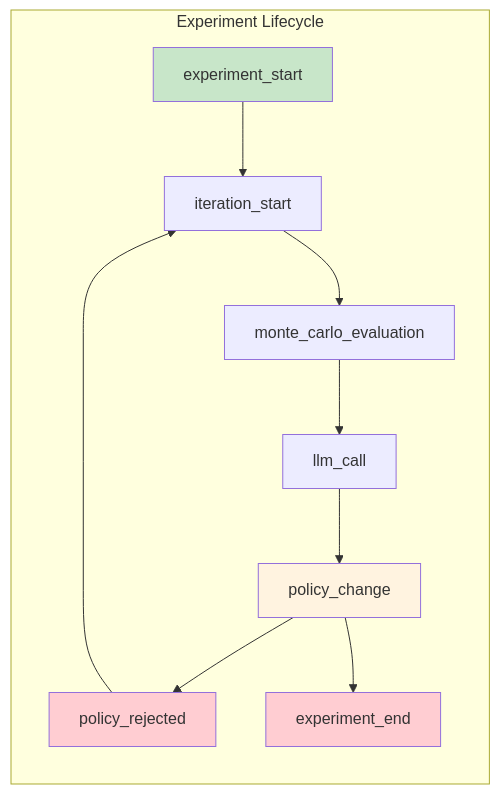
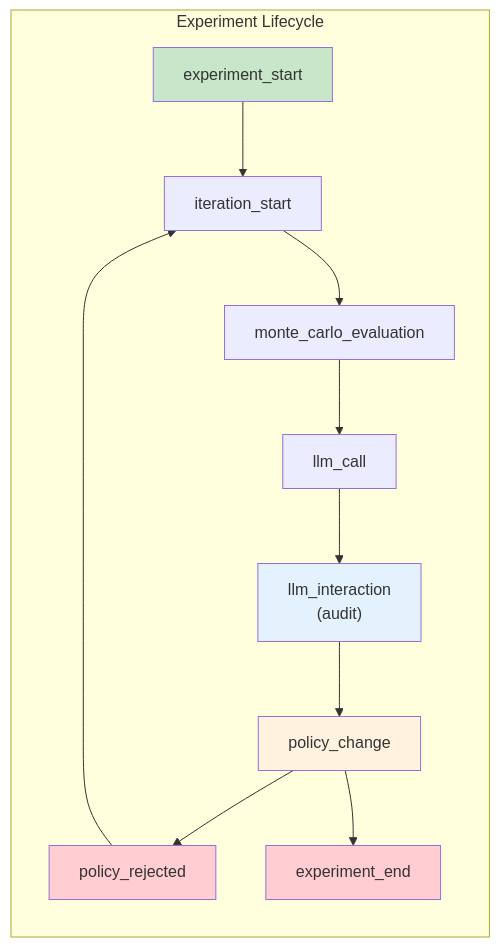
Before and after one commit to aerugo/SimCash: the second of 5 diagrams in docs/reference/castro/events.md, drawn with Mermaid. The commit also changed other lines of this file and 3 other files, not shown here.

First line of the commit message:
docs(castro): Document replay --audit feature and llm_interaction event

````diff
--- a/docs/reference/castro/events.md
+++ b/docs/reference/castro/events.md
@@ -143,25 +143,28 @@
 ```mermaid
 flowchart LR
     subgraph Lifecycle["Experiment Lifecycle"]
         Start["experiment_start"]
         IterStart["iteration_start"]
         MC["monte_carlo_evaluation"]
         LLM["llm_call"]
+        LLMInt["llm_interaction<br/>(audit)"]
         Policy["policy_change"]
         Reject["policy_rejected"]
         End["experiment_end"]
     end
 
     Start --> IterStart
     IterStart --> MC
     MC --> LLM
-    LLM --> Policy
+    LLM --> LLMInt
+    LLMInt --> Policy
     Policy --> Reject
     Reject --> IterStart
     Policy --> End
 
     style Start fill:#c8e6c9
     style End fill:#ffcdd2
     style Policy fill:#fff3e0
     style Reject fill:#ffcdd2
+    style LLMInt fill:#e3f2fd
 ```
````
